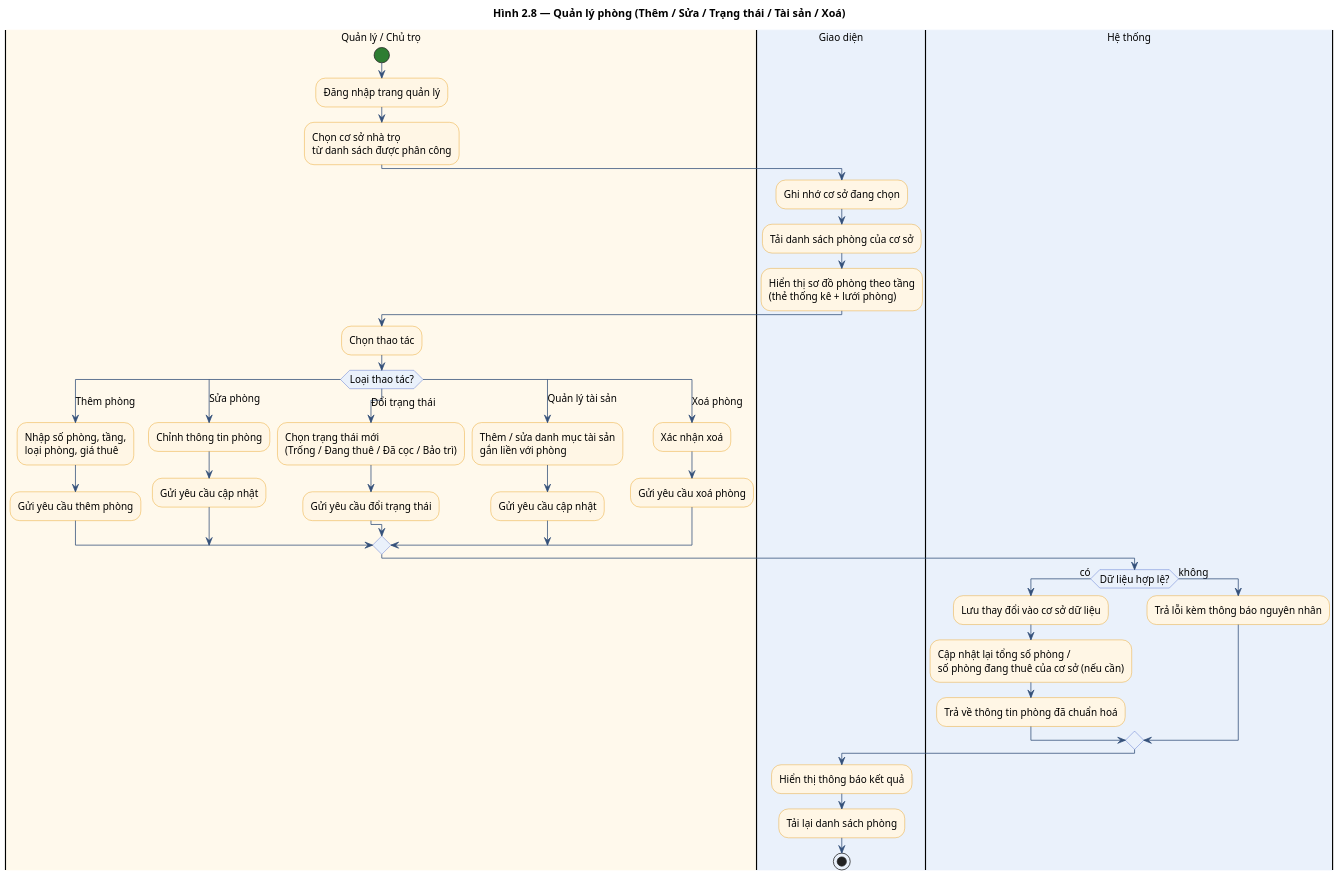
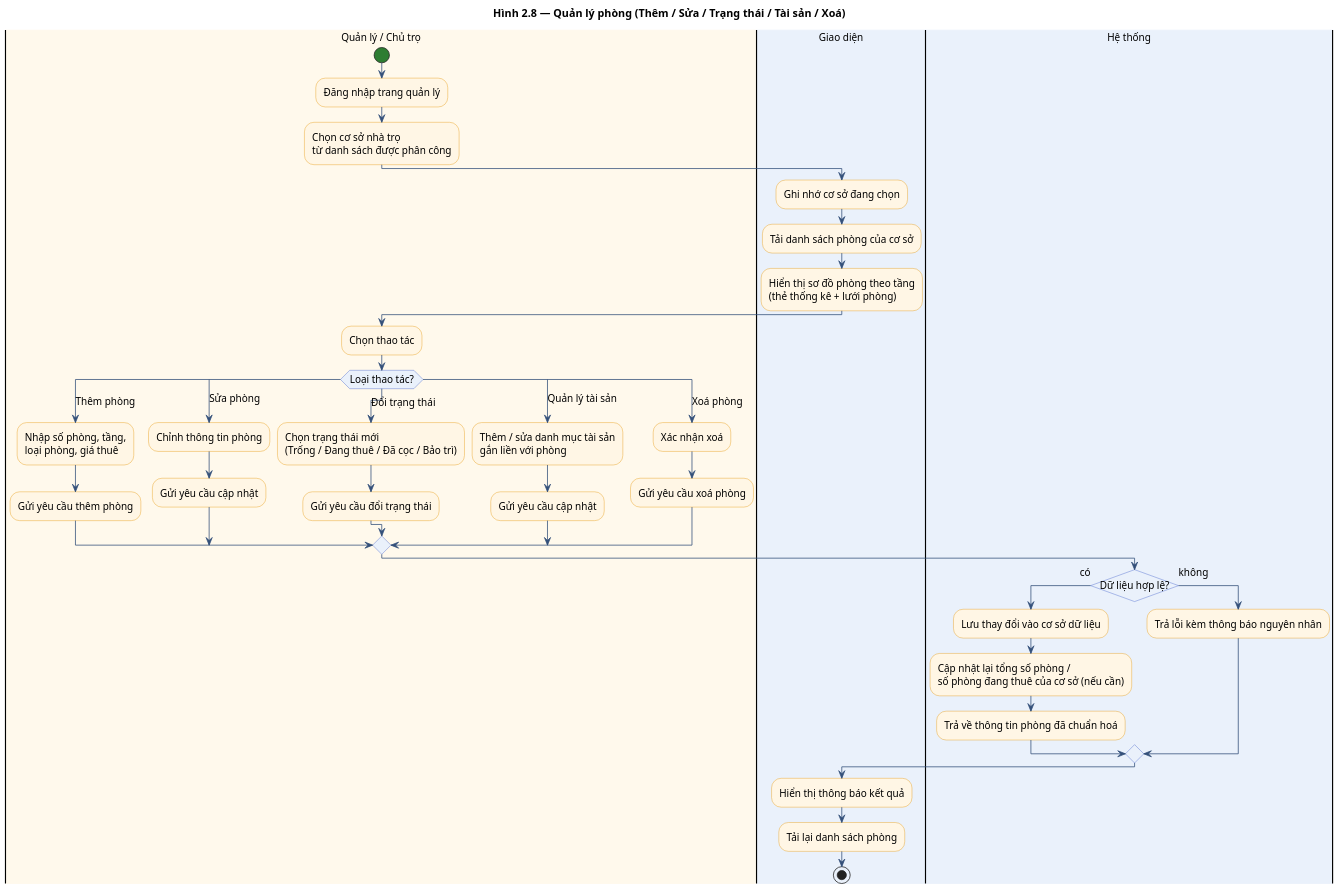
The diagram in docs/diagrams/2.08_act_room.puml (DiepTuHuy/Hostel_Management), drawn with PlantUML before and after one commit. The commit also changed 18 other files, not shown here.

```diff
--- a/docs/diagrams/2.08_act_room.puml
+++ b/docs/diagrams/2.08_act_room.puml
@@ -1,62 +1,64 @@
 @startuml Act_Room
 title Hình 2.8 — Quản lý phòng (Thêm / Sửa / Trạng thái / Tài sản / Xoá)
 
 skinparam dpi 150
 skinparam shadowing false
 skinparam defaultFontName "Segoe UI"
 skinparam defaultFontSize 13
 skinparam ArrowColor #34507A
 skinparam activity {
   BackgroundColor #FFF6E5
   BorderColor #E59300
   DiamondBackgroundColor #EAF1FB
   DiamondBorderColor #3A5BC7
   StartColor #2E7D32
   EndColor #AD1457
-}
+  }
+
+skinparam conditionStyle InsideDiamond
 
 |#FFF9EC|Quản lý / Chủ trọ|
 start
 :Đăng nhập trang quản lý;
 :Chọn cơ sở nhà trọ\ntừ danh sách được phân công;
 
 |#EAF1FB|Giao diện|
 :Ghi nhớ cơ sở đang chọn;
 :Tải danh sách phòng của cơ sở;
 :Hiển thị sơ đồ phòng theo tầng\n(thẻ thống kê + lưới phòng);
 
 |Quản lý / Chủ trọ|
 :Chọn thao tác;
 switch (Loại thao tác?)
 case (Thêm phòng)
   :Nhập số phòng, tầng,\nloại phòng, giá thuê;
   :Gửi yêu cầu thêm phòng;
 case (Sửa phòng)
   :Chỉnh thông tin phòng;
   :Gửi yêu cầu cập nhật;
 case (Đổi trạng thái)
   :Chọn trạng thái mới\n(Trống / Đang thuê / Đã cọc / Bảo trì);
   :Gửi yêu cầu đổi trạng thái;
 case (Quản lý tài sản)
   :Thêm / sửa danh mục tài sản\ngắn liền với phòng;
   :Gửi yêu cầu cập nhật;
 case (Xoá phòng)
   :Xác nhận xoá;
   :Gửi yêu cầu xoá phòng;
 endswitch
 
 |#EAF1FB|Hệ thống|
 if (Dữ liệu hợp lệ?) then (có)
   :Lưu thay đổi vào cơ sở dữ liệu;
   :Cập nhật lại tổng số phòng /\nsố phòng đang thuê của cơ sở (nếu cần);
   :Trả về thông tin phòng đã chuẩn hoá;
 else (không)
   :Trả lỗi kèm thông báo nguyên nhân;
 endif
 
 |Giao diện|
 :Hiển thị thông báo kết quả;
 :Tải lại danh sách phòng;
 stop
 
 @enduml
```
